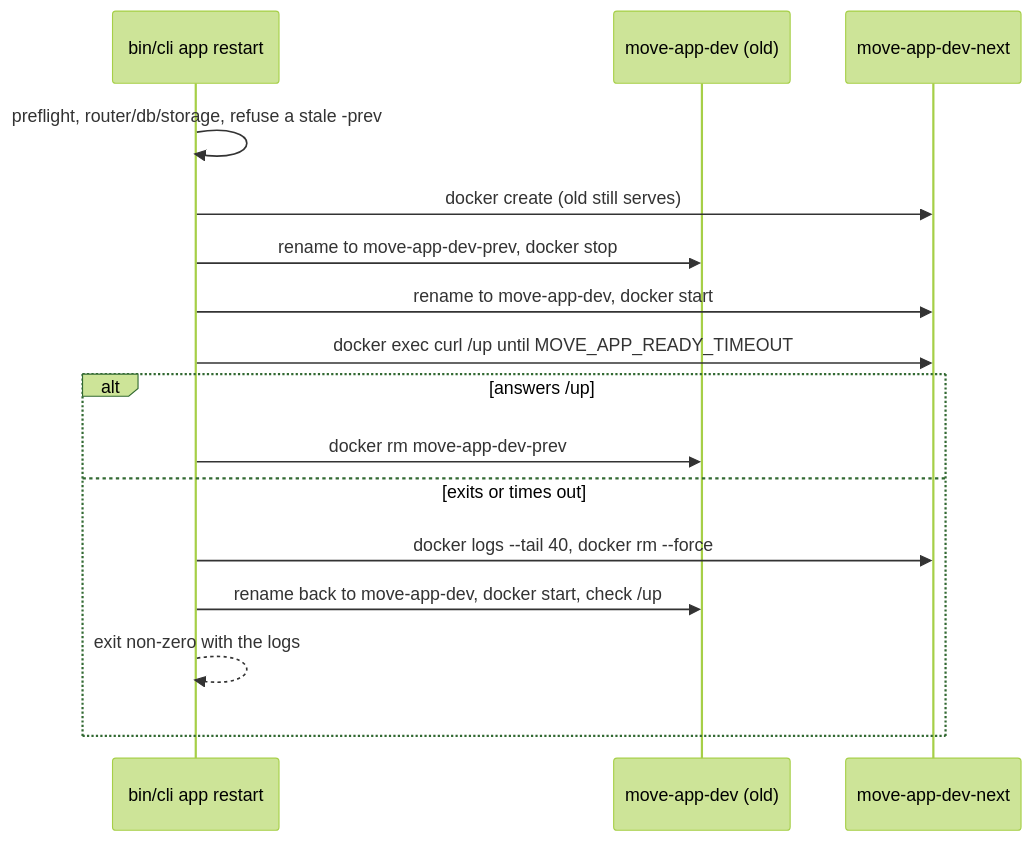
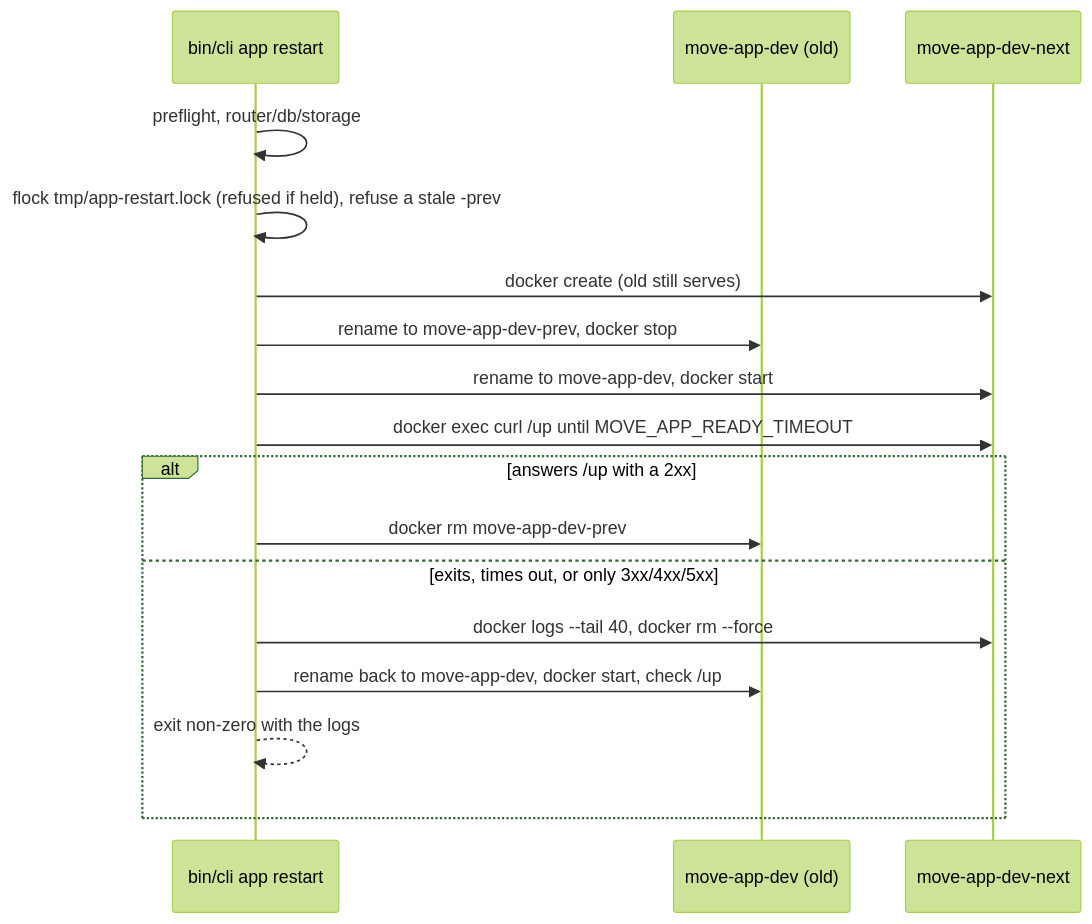
One commit to joel/move changed the third of 4 diagrams in doc/project/local-edge.md. Above: the diagram before and after it, drawn with Mermaid (forest theme). The commit also changed other lines of this file and 7 other files, not shown here.

First line of the commit message:
Serialise bin/cli app restarts with a host-wide lock

````diff
--- a/doc/project/local-edge.md
+++ b/doc/project/local-edge.md
@@ -224,18 +233,19 @@
 ```mermaid
 sequenceDiagram
   participant CLI as bin/cli app restart
   participant Old as move-app-dev (old)
   participant New as move-app-dev-next
-  CLI->>CLI: preflight, router/db/storage, refuse a stale -prev
+  CLI->>CLI: preflight, router/db/storage
+  CLI->>CLI: flock tmp/app-restart.lock (refused if held), refuse a stale -prev
   CLI->>New: docker create (old still serves)
   CLI->>Old: rename to move-app-dev-prev, docker stop
   CLI->>New: rename to move-app-dev, docker start
   CLI->>New: docker exec curl /up until MOVE_APP_READY_TIMEOUT
-  alt answers /up
+  alt answers /up with a 2xx
     CLI->>Old: docker rm move-app-dev-prev
-  else exits or times out
+  else exits, times out, or only 3xx/4xx/5xx
     CLI->>New: docker logs --tail 40, docker rm --force
     CLI->>Old: rename back to move-app-dev, docker start, check /up
     CLI-->>CLI: exit non-zero with the logs
   end
 ```
````
